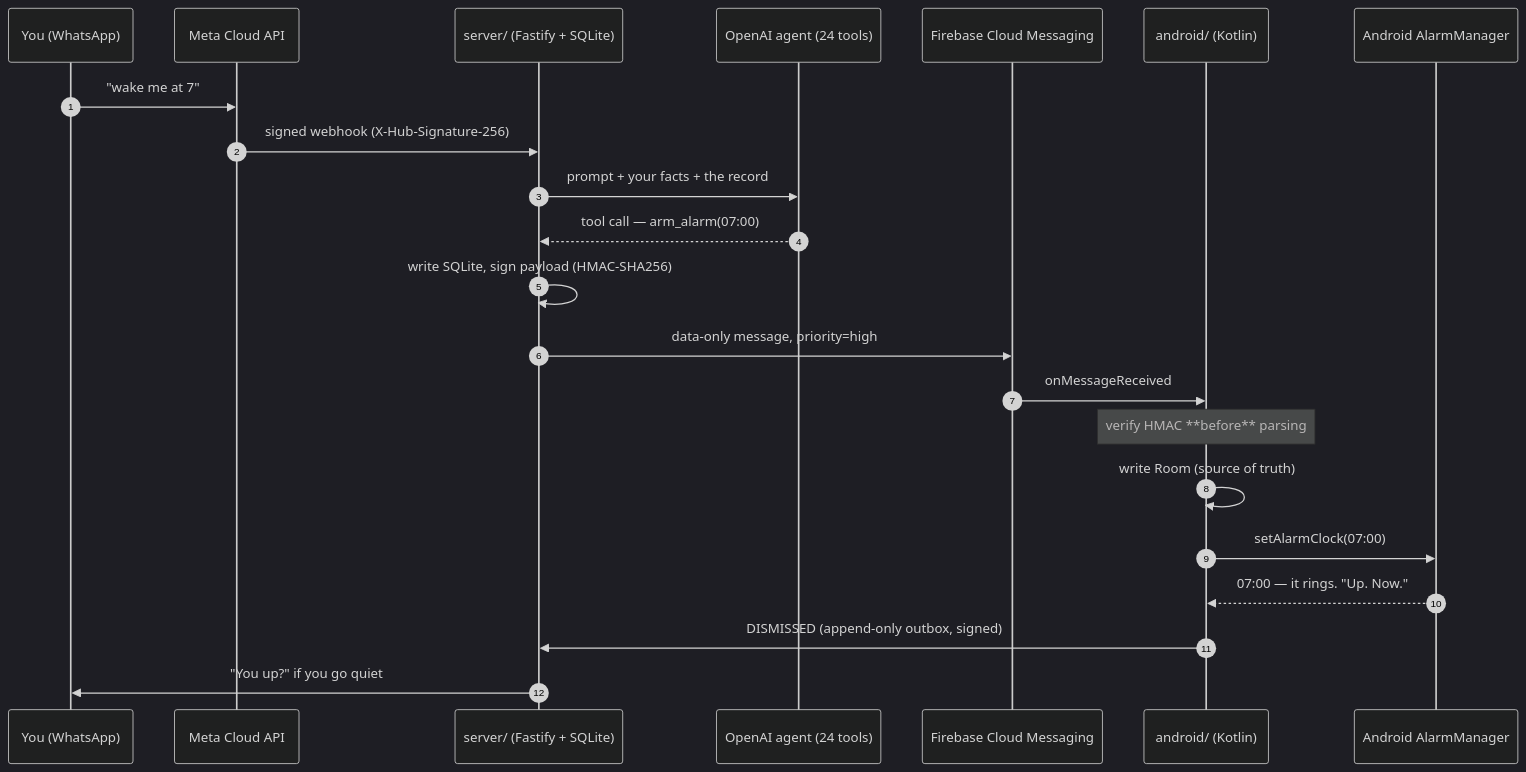
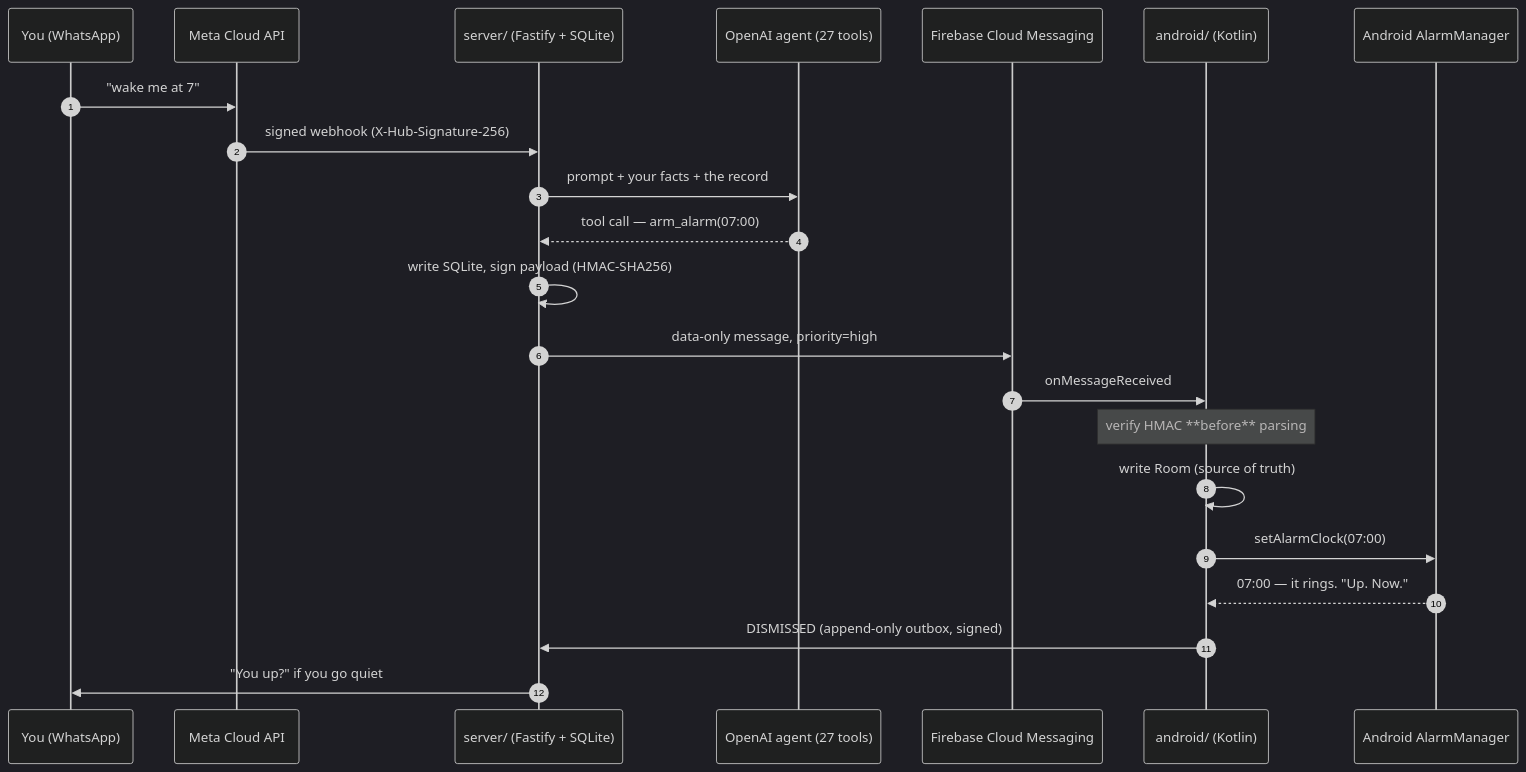
The diagram in README.md (HaiderAli3D/Otto), drawn with Mermaid (dark theme) before and after one commit. The commit also changed other lines of this file and 13 other files, not shown here.

````diff
--- a/README.md
+++ b/README.md
@@ -106,25 +106,25 @@
 ```mermaid
 sequenceDiagram
     autonumber
     participant You as You (WhatsApp)
     participant Meta as Meta Cloud API
     participant Srv as server/ (Fastify + SQLite)
-    participant AI as OpenAI agent (24 tools)
+    participant AI as OpenAI agent (27 tools)
     participant FCM as Firebase Cloud Messaging
     participant App as android/ (Kotlin)
     participant OS as Android AlarmManager
 
     You->>Meta: "wake me at 7"
     Meta->>Srv: signed webhook (X-Hub-Signature-256)
     Srv->>AI: prompt + your facts + the record
     AI-->>Srv: tool call — arm_alarm(07:00)
     Srv->>Srv: write SQLite, sign payload (HMAC-SHA256)
     Srv->>FCM: data-only message, priority=high
     FCM->>App: onMessageReceived
     Note over App: verify HMAC **before** parsing
     App->>App: write Room (source of truth)
     App->>OS: setAlarmClock(07:00)
     OS-->>App: 07:00 — it rings. "Up. Now."
     App->>Srv: DISMISSED (append-only outbox, signed)
     Srv->>You: "You up?" if you go quiet
 ```
````
